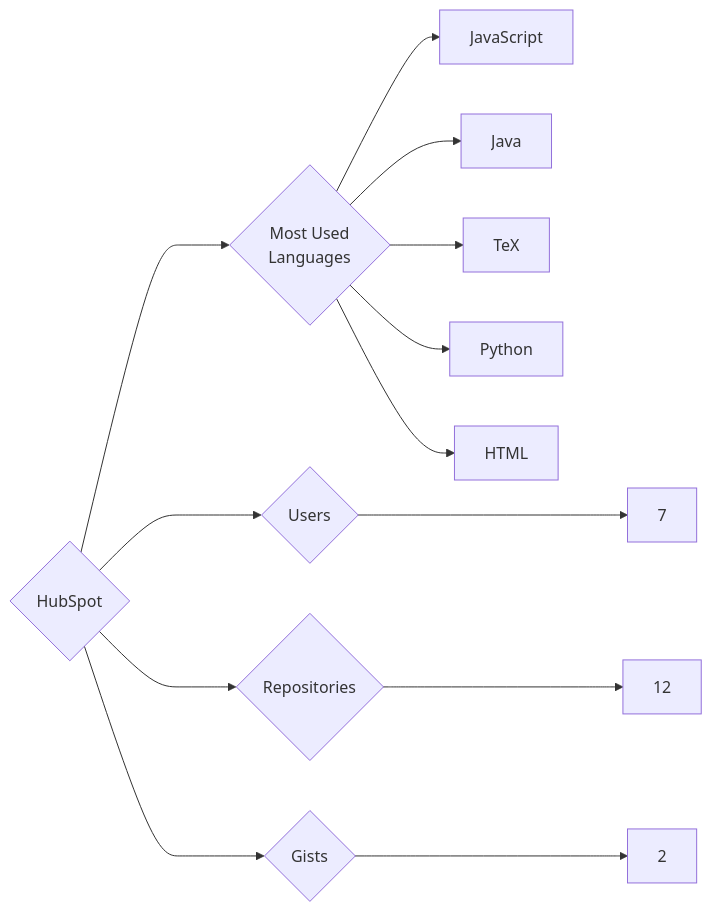
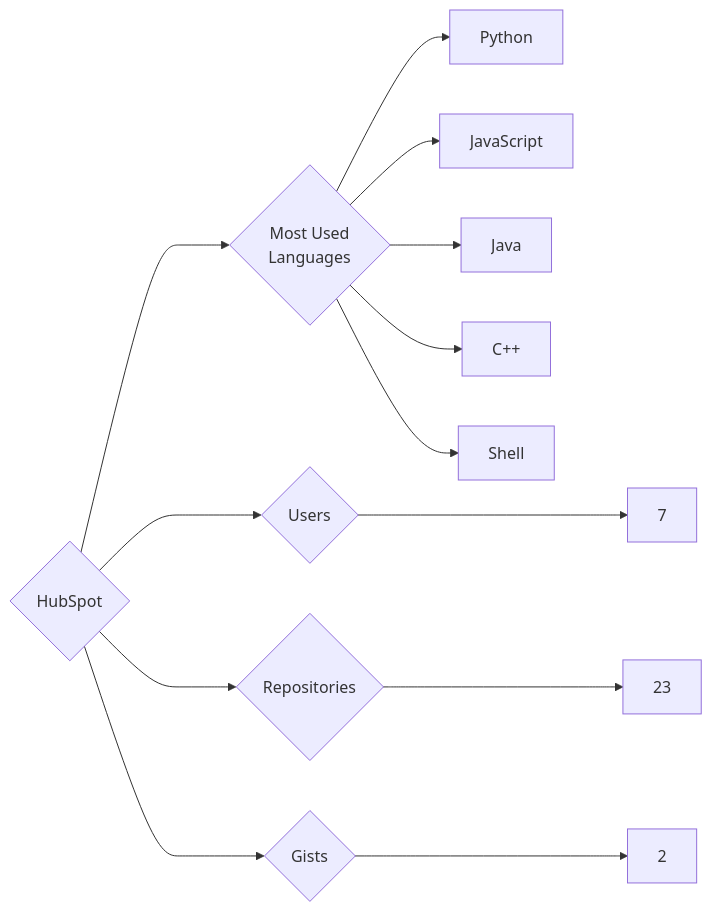
Before and after one commit to trickest/insiders: the diagram in targets/HubSpot/README.md, drawn with Mermaid. The commit also changed 1003 other files, not shown here.

````diff
--- a/targets/HubSpot/README.md
+++ b/targets/HubSpot/README.md
@@ -3,13 +3,13 @@
 ```mermaid
 graph LR
 COMPANY_NAME{HubSpot}
 COMPANY_NAME ---> U{Users} ---> UN[7]
-COMPANY_NAME ---> R{Repositories} ---> RN[12]
+COMPANY_NAME ---> R{Repositories} ---> RN[23]
 COMPANY_NAME ---> G{Gists} ---> GN[2]
 COMPANY_NAME ---> ML{Most Used<br>Languages}
+ML --> Python[Python]
 ML --> JavaScript[JavaScript]
 ML --> Java[Java]
-ML --> TeX[TeX]
-ML --> Python[Python]
-ML --> HTML[HTML]
+ML --> C++[C++]
+ML --> Shell[Shell]
 ```
````
